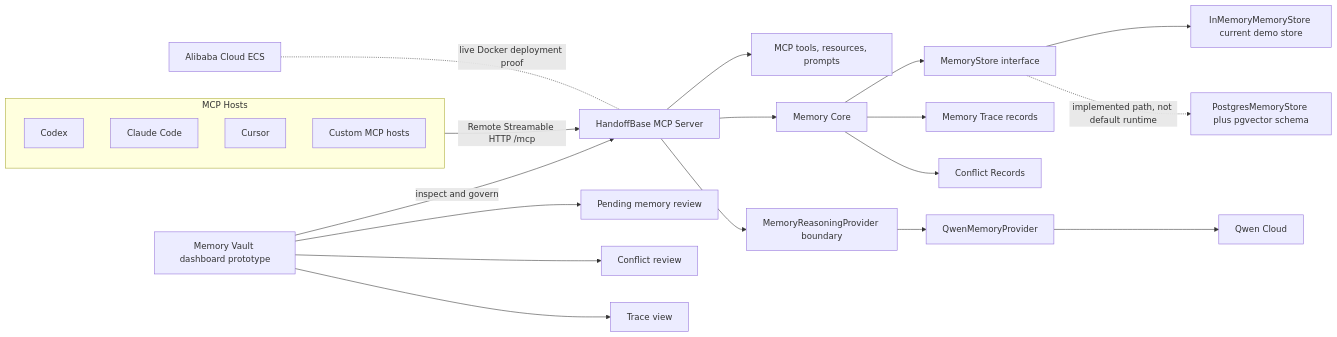
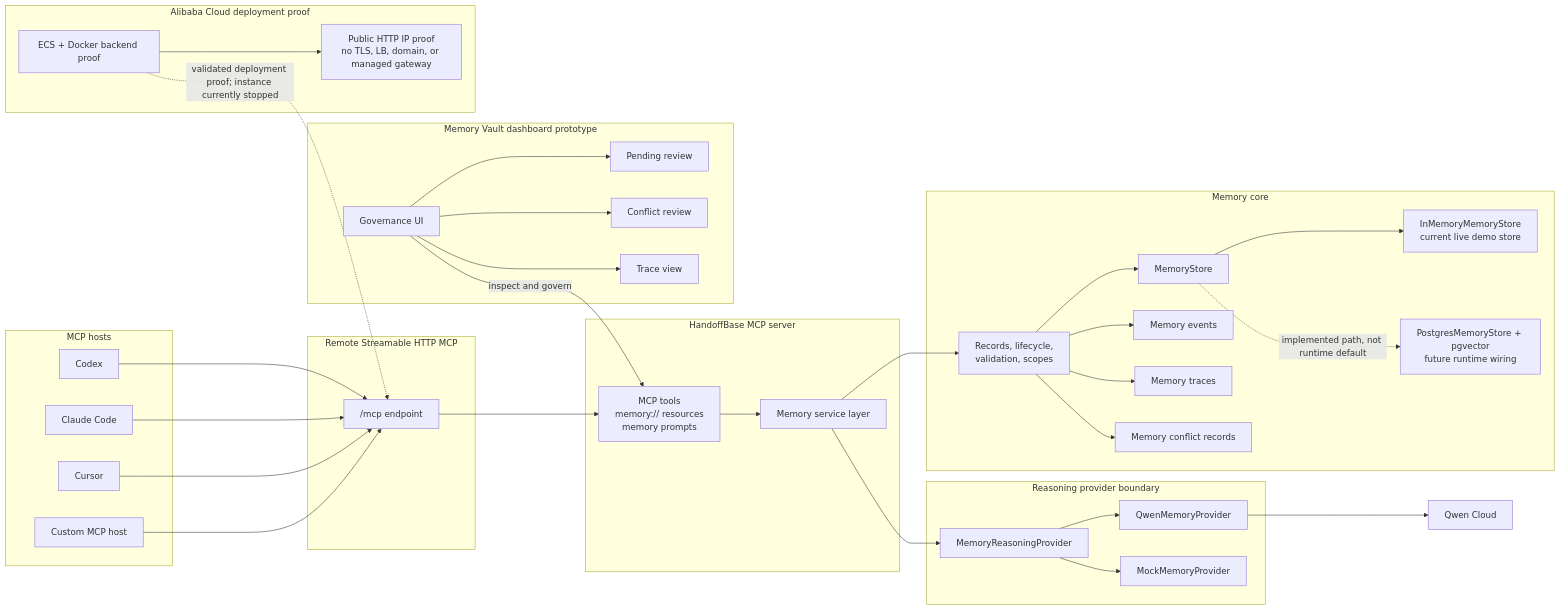
Before and after one commit to jensonChow/handoffbase: the diagram in docs/assets/architecture.mmd, drawn with Mermaid. The commit also changed 2 other files, not shown here.

Commit message:
docs: prepare architecture submission assets

```diff
--- a/docs/assets/architecture.mmd
+++ b/docs/assets/architecture.mmd
@@ -1,29 +1,72 @@
 flowchart LR
-  subgraph Hosts["MCP Hosts"]
+  subgraph Hosts["MCP hosts"]
     Codex["Codex"]
     Claude["Claude Code"]
     Cursor["Cursor"]
-    Custom["Custom MCP hosts"]
+    Custom["Custom MCP host"]
   end
 
-  Hosts -->|Remote Streamable HTTP /mcp| Server["HandoffBase MCP Server"]
-  ECS["Alibaba Cloud ECS"] -. "live Docker deployment proof" .- Server
+  subgraph Remote["Remote Streamable HTTP MCP"]
+    Endpoint["/mcp endpoint"]
+  end
 
-  Server --> Tools["MCP tools, resources, prompts"]
-  Server --> Core["Memory Core"]
-  Server --> ProviderBoundary["MemoryReasoningProvider boundary"]
+  subgraph ServerLayer["HandoffBase MCP server"]
+    Surface["MCP tools<br/>memory:// resources<br/>memory prompts"]
+    Service["Memory service layer"]
+  end
 
-  ProviderBoundary --> QwenProvider["QwenMemoryProvider"]
+  subgraph ProviderLayer["Reasoning provider boundary"]
+    ProviderBoundary["MemoryReasoningProvider"]
+    QwenProvider["QwenMemoryProvider"]
+    MockProvider["MockMemoryProvider"]
+  end
+
+  subgraph CoreLayer["Memory core"]
+    Core["Records, lifecycle,<br/>validation, scopes"]
+    Store["MemoryStore"]
+    InMemory["InMemoryMemoryStore<br/>current live demo store"]
+    Postgres["PostgresMemoryStore + pgvector<br/>future runtime wiring"]
+    Events["Memory events"]
+    Trace["Memory traces"]
+    Conflicts["Memory conflict records"]
+  end
+
+  subgraph DashboardLayer["Memory Vault dashboard prototype"]
+    Dashboard["Governance UI"]
+    Pending["Pending review"]
+    ConflictReview["Conflict review"]
+    TraceView["Trace view"]
+  end
+
+  subgraph CloudProof["Alibaba Cloud deployment proof"]
+    ECS["ECS + Docker backend proof"]
+    Limits["Public HTTP IP proof<br/>no TLS, LB, domain, or managed gateway"]
+  end
+
+  Codex --> Endpoint
+  Claude --> Endpoint
+  Cursor --> Endpoint
+  Custom --> Endpoint
+  Endpoint --> Surface
+  Surface --> Service
+
+  Service --> ProviderBoundary
+  ProviderBoundary --> QwenProvider
+  ProviderBoundary --> MockProvider
   QwenProvider --> QwenCloud["Qwen Cloud"]
 
-  Core --> Store["MemoryStore interface"]
-  Store --> InMemory["InMemoryMemoryStore current demo store"]
-  Store -. "implemented path, not default runtime" .-> Postgres["PostgresMemoryStore plus pgvector schema"]
+  Service --> Core
+  Core --> Store
+  Store --> InMemory
+  Store -. "implemented path, not runtime default" .-> Postgres
+  Core --> Events
+  Core --> Trace
+  Core --> Conflicts
 
-  Core --> Trace["Memory Trace records"]
-  Core --> Conflicts["Conflict Records"]
+  Dashboard -->|inspect and govern| Surface
+  Dashboard --> Pending
+  Dashboard --> ConflictReview
+  Dashboard --> TraceView
 
-  Dashboard["Memory Vault dashboard prototype"] -->|inspect and govern| Server
-  Dashboard --> Pending["Pending memory review"]
-  Dashboard --> ConflictReview["Conflict review"]
-  Dashboard --> TraceView["Trace view"]
+  ECS -. "validated deployment proof; instance currently stopped" .-> Endpoint
+  ECS --> Limits
```
